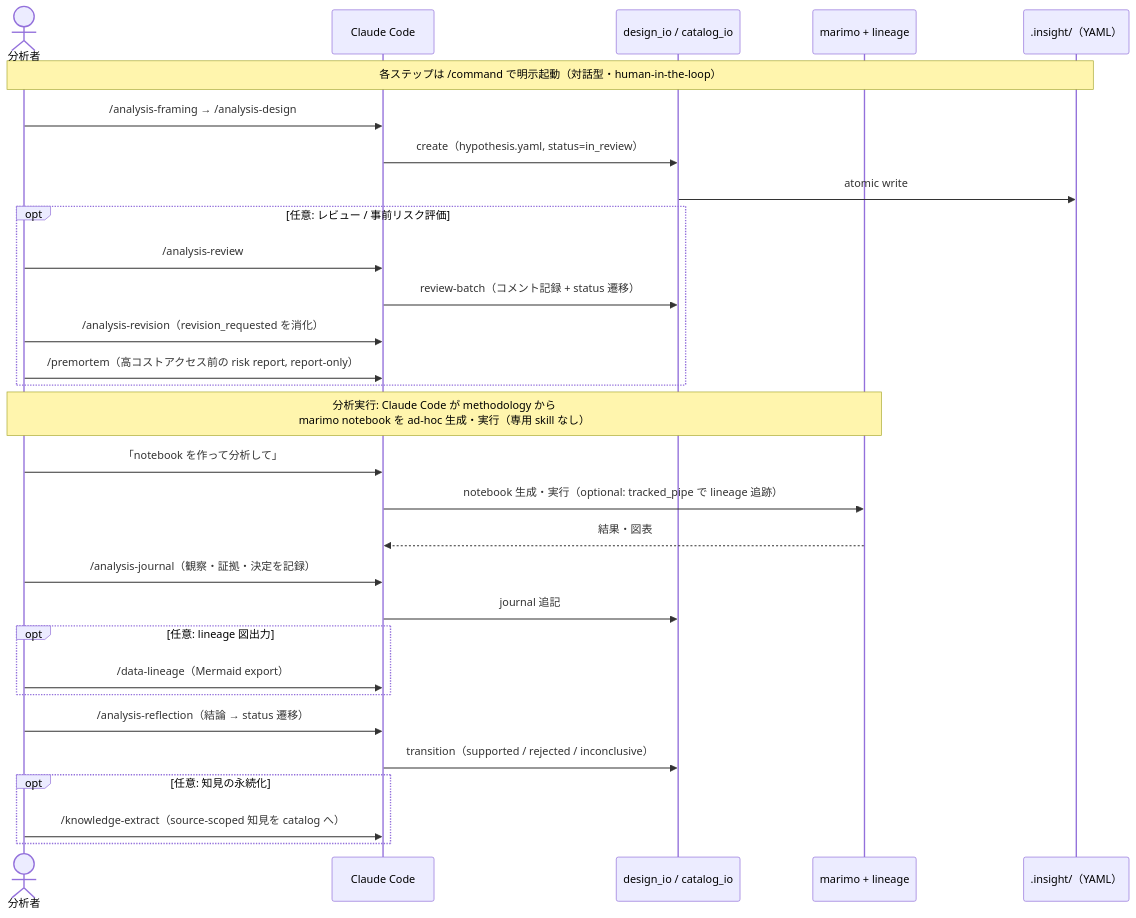
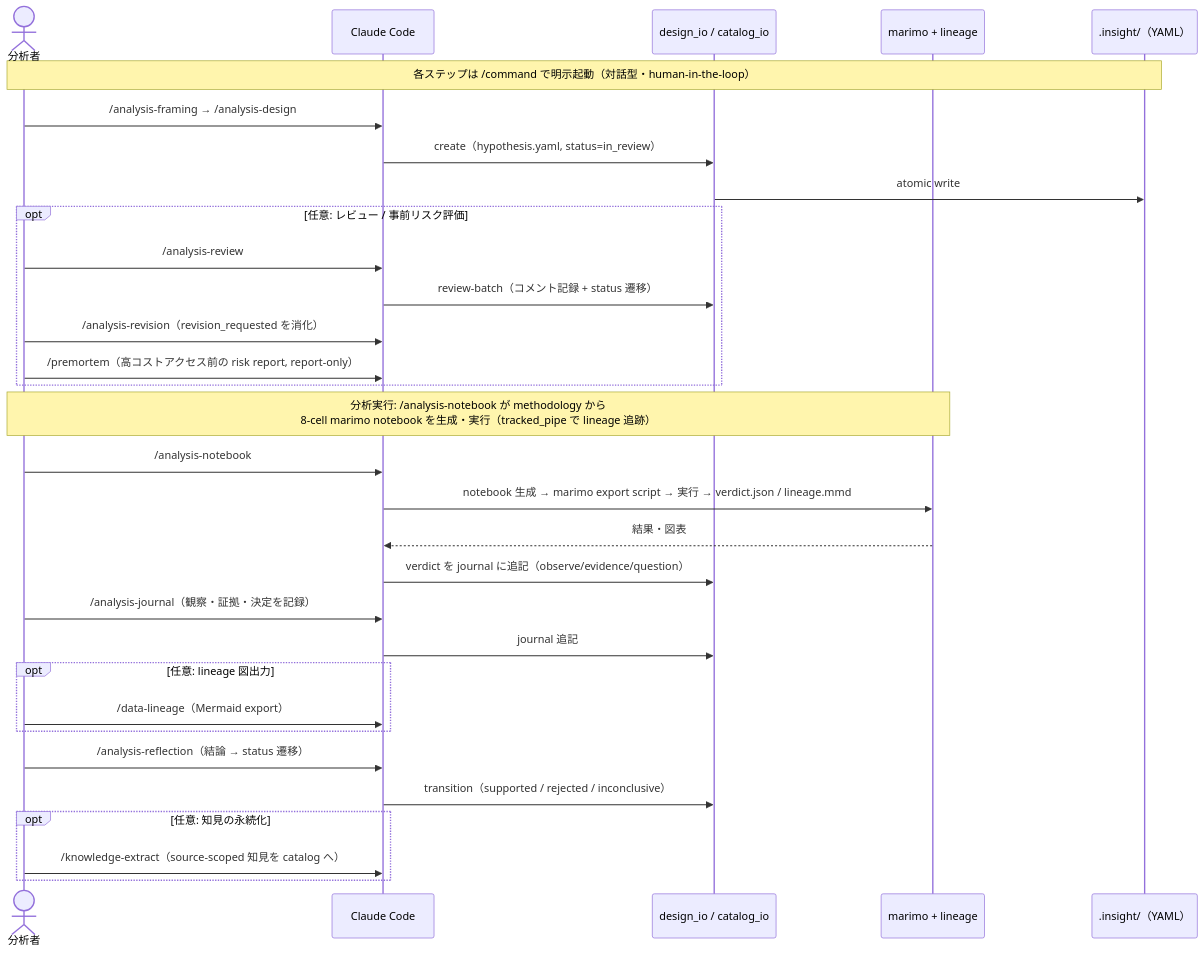
Before and after one commit to etoyama/insight-blueprint-skills: the fourth of 4 diagrams in docs/ARCHITECTURE.md, drawn with Mermaid. The commit also changed other lines of this file and 12 other files, not shown here.

First line of the commit message:
feat(skills): /analysis-notebook 新設（design→分析の担い手）

````diff
--- a/docs/ARCHITECTURE.md
+++ b/docs/ARCHITECTURE.md
@@ -118,36 +118,37 @@
 ```mermaid
 sequenceDiagram
     actor U as 分析者
     participant CC as Claude Code
     participant IO as design_io / catalog_io
     participant MO as marimo + lineage
     participant FS as .insight/（YAML）
 
     Note over U,FS: 各ステップは /command で明示起動（対話型・human-in-the-loop）
     U->>CC: /analysis-framing → /analysis-design
     CC->>IO: create（hypothesis.yaml, status=in_review）
     IO->>FS: atomic write
 
     opt 任意: レビュー / 事前リスク評価
         U->>CC: /analysis-review
         CC->>IO: review-batch（コメント記録 + status 遷移）
         U->>CC: /analysis-revision（revision_requested を消化）
         U->>CC: /premortem（高コストアクセス前の risk report, report-only）
     end
 
-    Note over U,MO: 分析実行: Claude Code が methodology から<br/>marimo notebook を ad-hoc 生成・実行（専用 skill なし）
-    U->>CC: 「notebook を作って分析して」
-    CC->>MO: notebook 生成・実行（optional: tracked_pipe で lineage 追跡）
+    Note over U,MO: 分析実行: /analysis-notebook が methodology から<br/>8-cell marimo notebook を生成・実行（tracked_pipe で lineage 追跡）
+    U->>CC: /analysis-notebook
+    CC->>MO: notebook 生成 → marimo export script → 実行 → verdict.json / lineage.mmd
     MO-->>CC: 結果・図表
+    CC->>IO: verdict を journal に追記（observe/evidence/question）
 
     U->>CC: /analysis-journal（観察・証拠・決定を記録）
     CC->>IO: journal 追記
     opt 任意: lineage 図出力
         U->>CC: /data-lineage（Mermaid export）
     end
     U->>CC: /analysis-reflection（結論 → status 遷移）
     CC->>IO: transition（supported / rejected / inconclusive）
     opt 任意: 知見の永続化
         U->>CC: /knowledge-extract（source-scoped 知見を catalog へ）
     end
 ```
````
